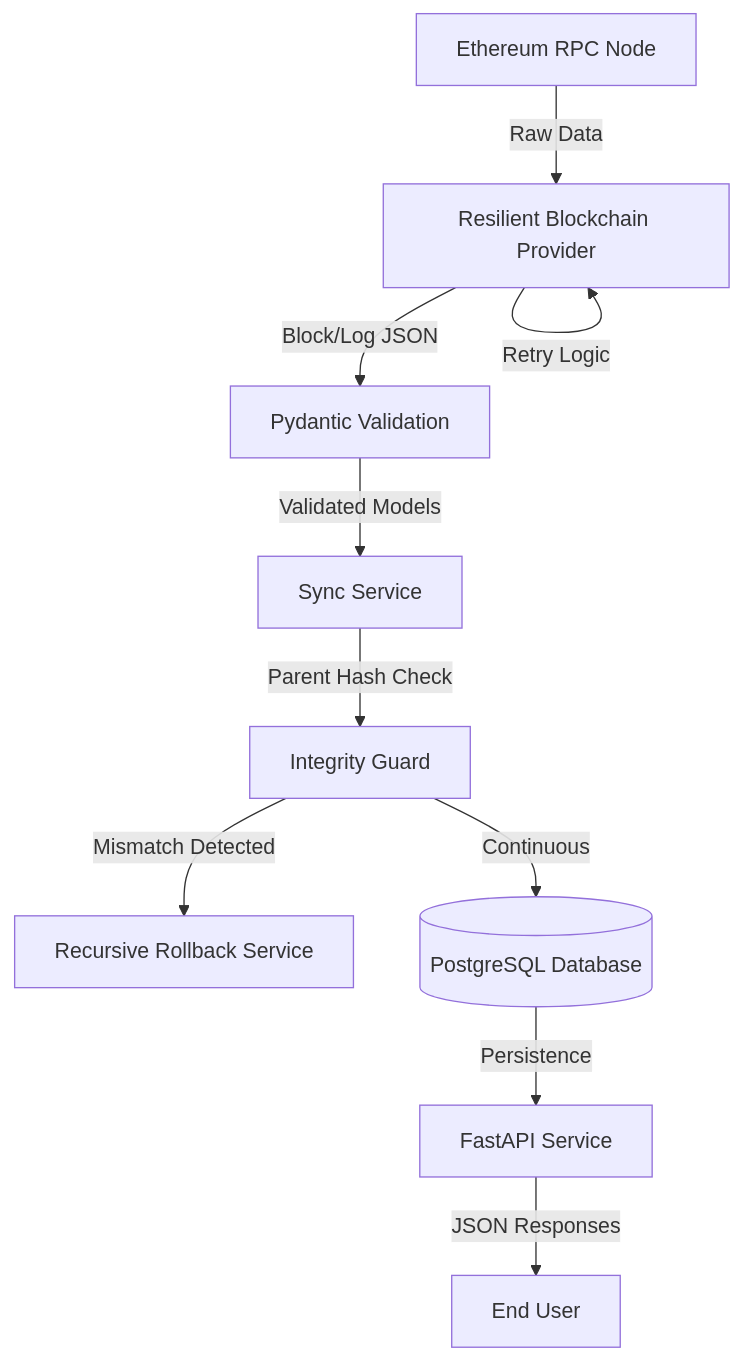
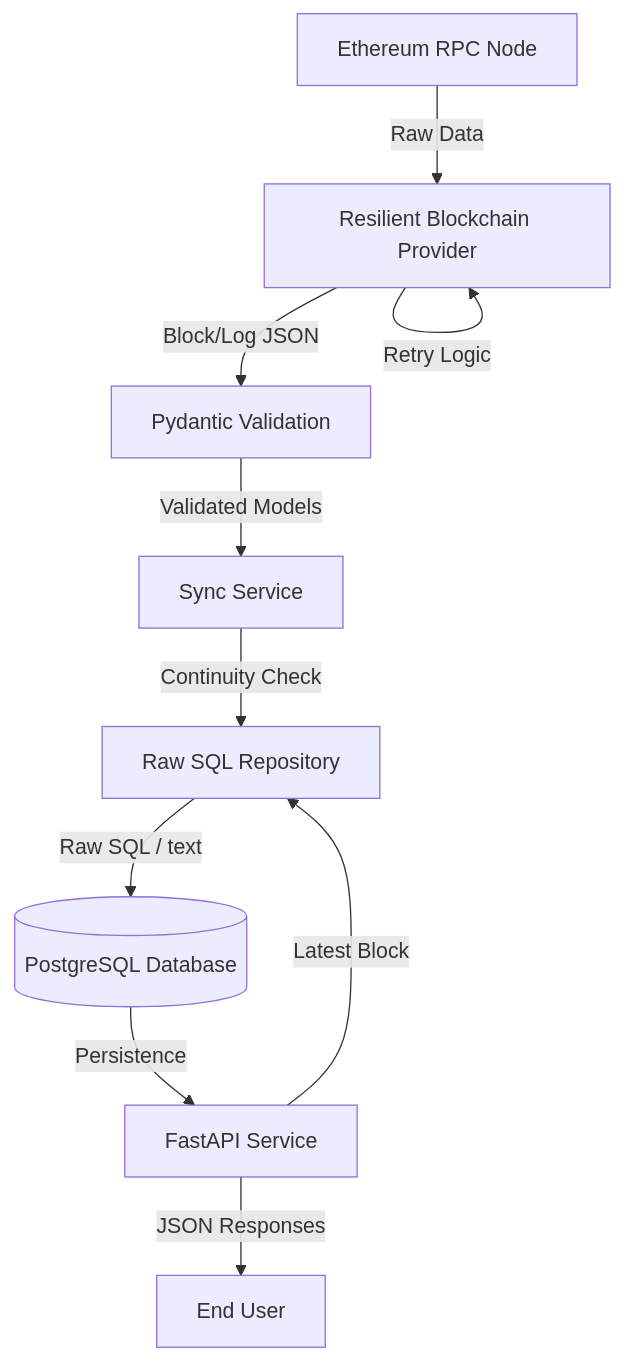
The diagram in README.md (suyons/eth-lindy-indexer), drawn with Mermaid before and after one commit. The commit also changed other lines of this file, not shown here.

Commit message:
docs: update readme with raw sql repository pattern and architecture

````diff
--- a/README.md
+++ b/README.md
@@ -7,12 +7,12 @@
 ```mermaid
 graph TD
     RPC[Ethereum RPC Node] --> |Raw Data| Provider[Resilient Blockchain Provider]
     Provider --> |Retry Logic| Provider
     Provider --> |Block/Log JSON| Pydantic[Pydantic Validation]
     Pydantic --> |Validated Models| Sync[Sync Service]
-    Sync --> |Parent Hash Check| Integrity[Integrity Guard]
-    Integrity --> |Mismatch Detected| Rollback[Recursive Rollback Service]
-    Integrity --> |Continuous| DB[(PostgreSQL Database)]
+    Sync --> |Continuity Check| Repo[Raw SQL Repository]
+    Repo --> |Raw SQL / text| DB[(PostgreSQL Database)]
     DB --> |Persistence| API[FastAPI Service]
+    API --> |Latest Block| Repo
     API --> |JSON Responses| User[End User]
 ```
````
